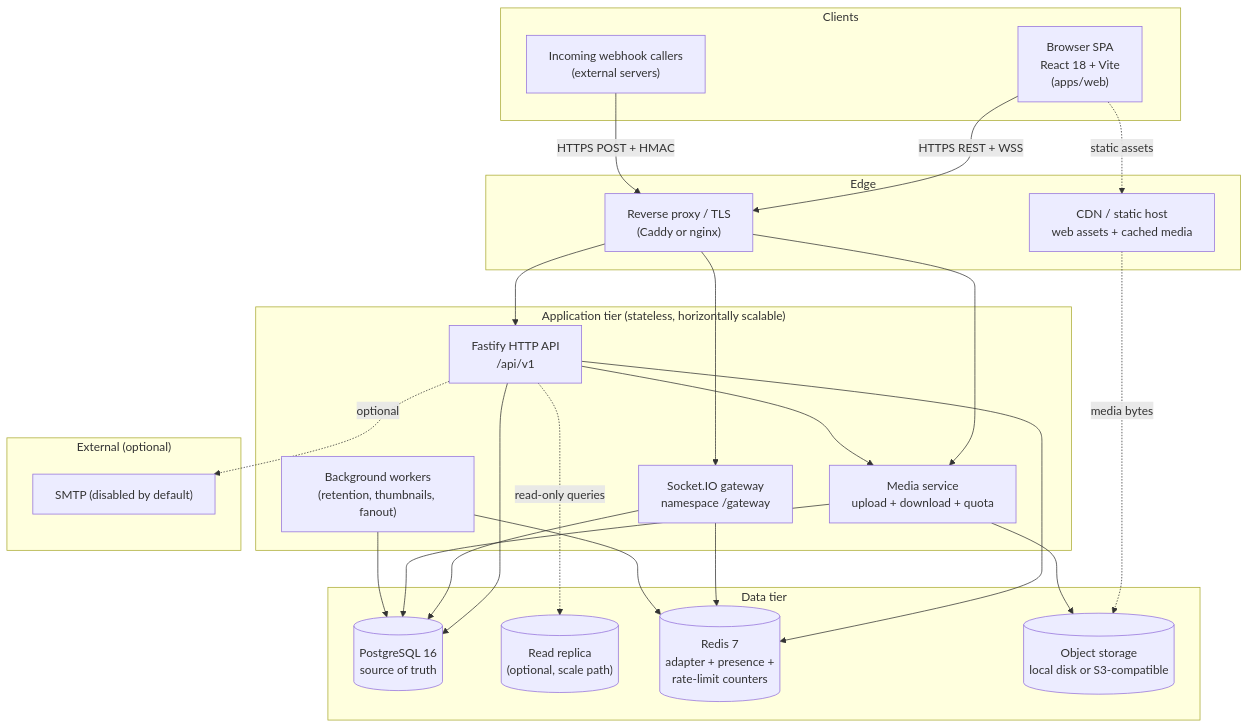
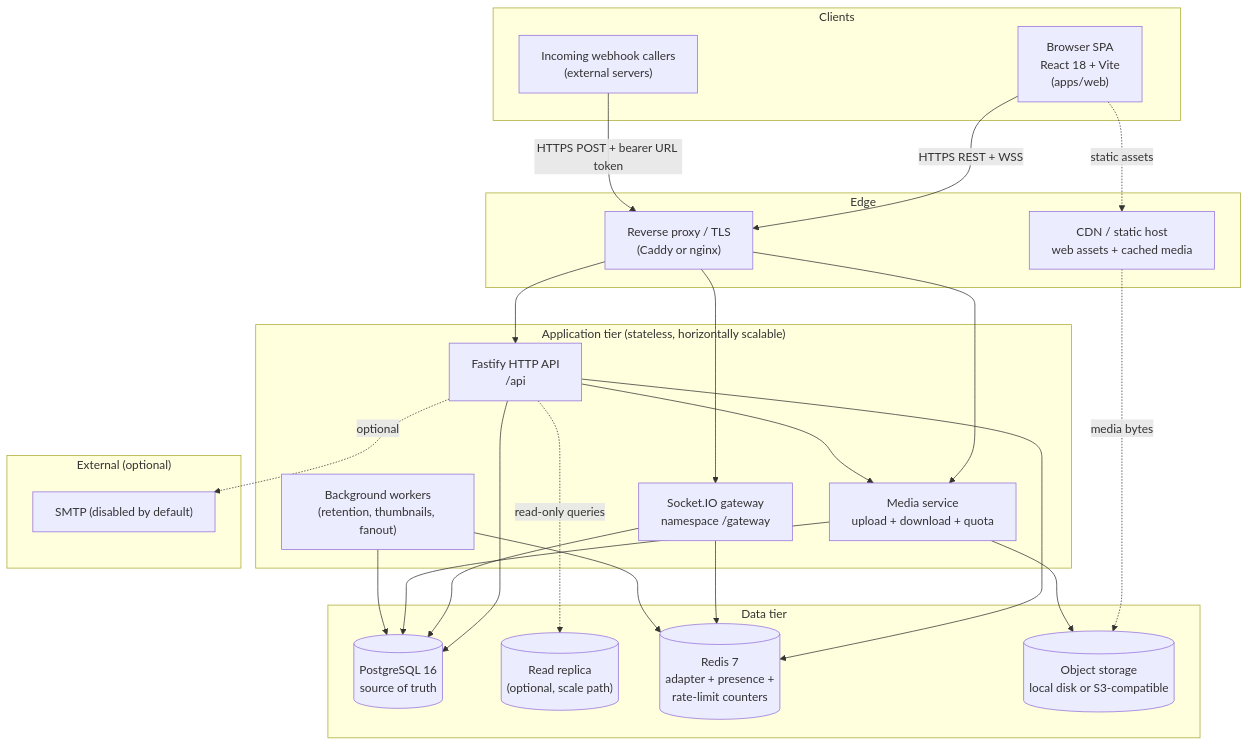
The first of 6 diagrams in docs/SYSTEM_ARCHITECTURE.md (JENSLINJEMZ/Nabula), drawn with Mermaid before and after one commit. The commit also changed other lines of this file and 8 other files, not shown here.

````diff
--- a/docs/SYSTEM_ARCHITECTURE.md
+++ b/docs/SYSTEM_ARCHITECTURE.md
@@ -28,50 +28,50 @@
 ```mermaid
 flowchart TB
   subgraph Clients["Clients"]
     WEB["Browser SPA<br/>React 18 + Vite<br/>(apps/web)"]
     WH["Incoming webhook callers<br/>(external servers)"]
   end
 
   subgraph Edge["Edge"]
     RP["Reverse proxy / TLS<br/>(Caddy or nginx)"]
     CDN["CDN / static host<br/>web assets + cached media"]
   end
 
   subgraph App["Application tier (stateless, horizontally scalable)"]
-    API["Fastify HTTP API<br/>/api/v1"]
+    API["Fastify HTTP API<br/>/api"]
     GW["Socket.IO gateway<br/>namespace /gateway"]
     MED["Media service<br/>upload + download + quota"]
     WORK["Background workers<br/>(retention, thumbnails, fanout)"]
   end
 
   subgraph Data["Data tier"]
     PG[("PostgreSQL 16<br/>source of truth")]
     PGR[("Read replica<br/>(optional, scale path)")]
     REDIS[("Redis 7<br/>adapter + presence +<br/>rate-limit counters")]
     OBJ[("Object storage<br/>local disk or S3-compatible")]
   end
 
   subgraph Ext["External (optional)"]
     SMTP["SMTP (disabled by default)"]
   end
 
   WEB -->|HTTPS REST + WSS| RP
-  WH -->|HTTPS POST + HMAC| RP
+  WH -->|HTTPS POST + bearer URL token| RP
   RP --> API
   RP --> GW
   RP --> MED
   WEB -.->|static assets| CDN
   CDN -.->|media bytes| OBJ
 
   API --> PG
   API --> REDIS
   API --> MED
   GW --> REDIS
   GW --> PG
   MED --> OBJ
   MED --> PG
   WORK --> PG
   WORK --> REDIS
   API -.->|read-only queries| PGR
   API -.->|optional| SMTP
 ```
````
